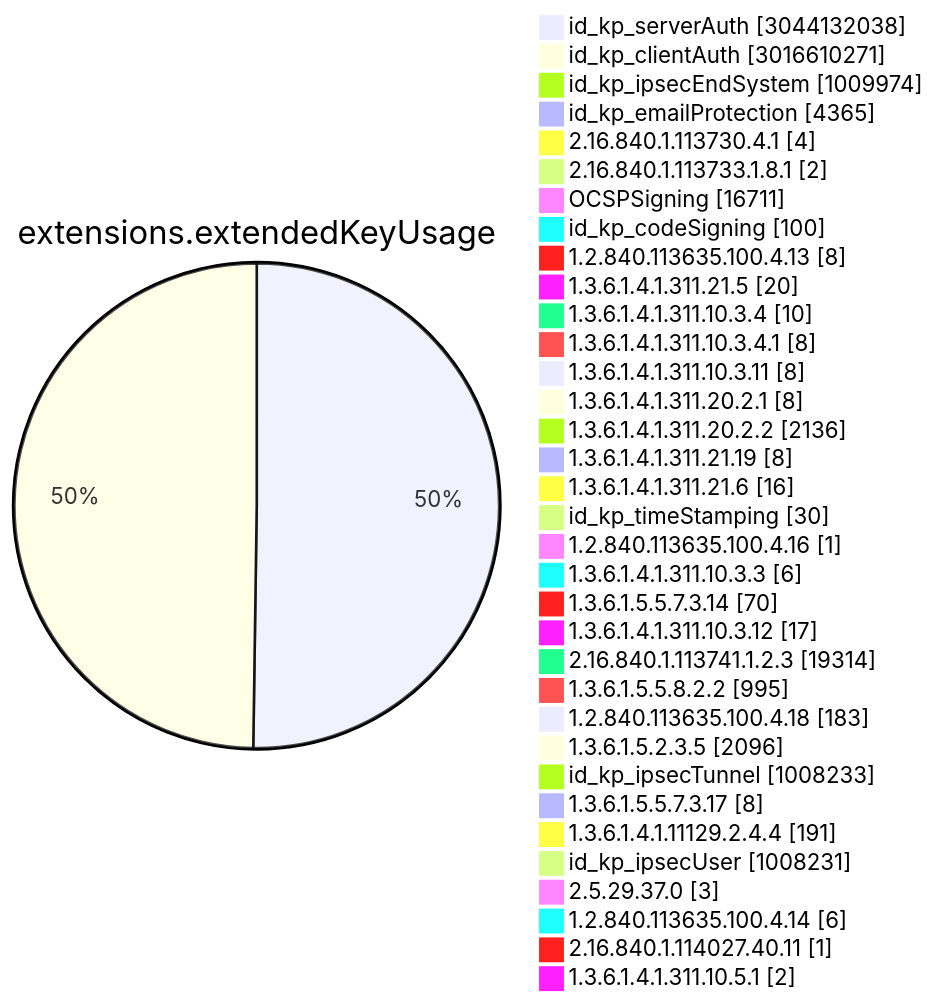
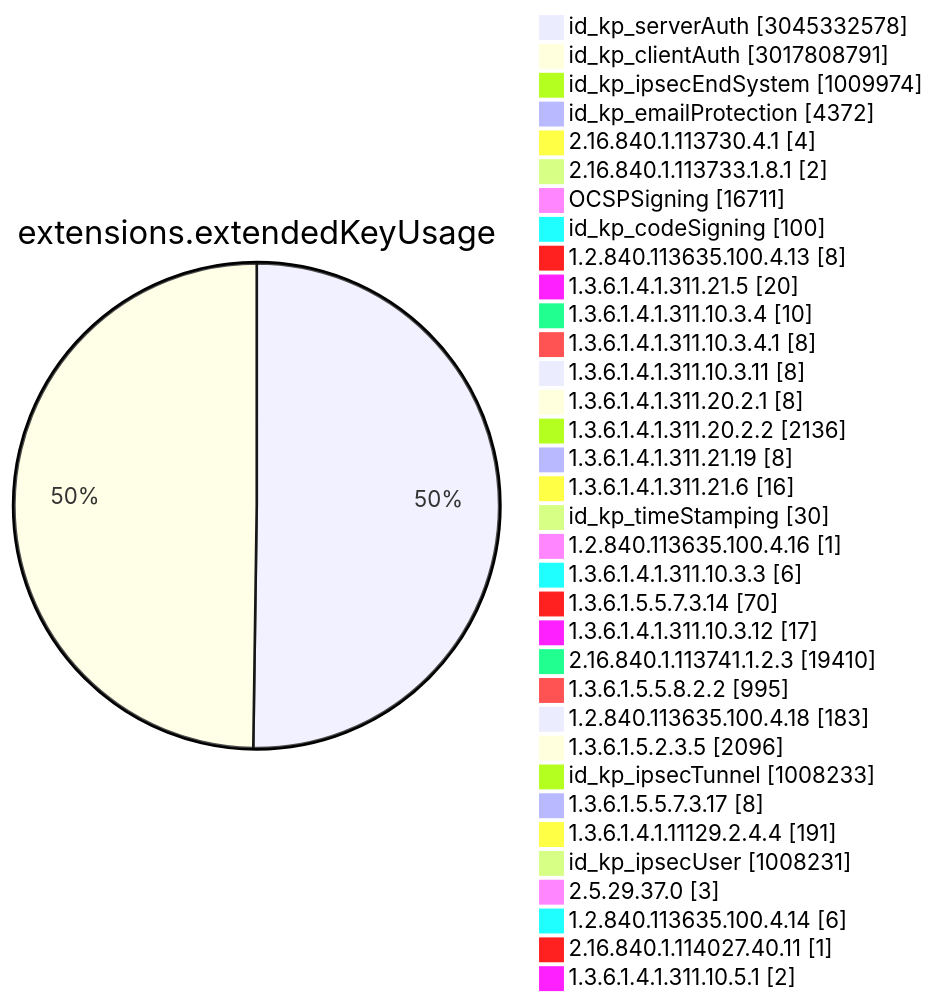
Before and after one commit to christiankrug/ctmonitor_visualization: diagram 11 of 15 in TOTAL/README.md, drawn with Mermaid. The commit also changed other lines of this file, not shown here.

````diff
--- a/TOTAL/README.md
+++ b/TOTAL/README.md
@@ -4116,38 +4117,38 @@
 ```mermaid
 pie showData
 title extensions.extendedKeyUsage
-"id_kp_serverAuth" :3044132038
-"id_kp_clientAuth" :3016610271
+"id_kp_serverAuth" :3045332578
+"id_kp_clientAuth" :3017808791
 "id_kp_ipsecEndSystem" :1009974
-"id_kp_emailProtection" :4365
+"id_kp_emailProtection" :4372
 "2.16.840.1.113730.4.1" :4
 "2.16.840.1.113733.1.8.1" :2
 "OCSPSigning" :16711
 "id_kp_codeSigning" :100
 "1.2.840.113635.100.4.13" :8
 "1.3.6.1.4.1.311.21.5" :20
 "1.3.6.1.4.1.311.10.3.4" :10
 "1.3.6.1.4.1.311.10.3.4.1" :8
 "1.3.6.1.4.1.311.10.3.11" :8
 "1.3.6.1.4.1.311.20.2.1" :8
 "1.3.6.1.4.1.311.20.2.2" :2136
 "1.3.6.1.4.1.311.21.19" :8
 "1.3.6.1.4.1.311.21.6" :16
 "id_kp_timeStamping" :30
 "1.2.840.113635.100.4.16" :1
 "1.3.6.1.4.1.311.10.3.3" :6
 "1.3.6.1.5.5.7.3.14" :70
 "1.3.6.1.4.1.311.10.3.12" :17
-"2.16.840.1.113741.1.2.3" :19314
+"2.16.840.1.113741.1.2.3" :19410
 "1.3.6.1.5.5.8.2.2" :995
 "1.2.840.113635.100.4.18" :183
 "1.3.6.1.5.2.3.5" :2096
 "id_kp_ipsecTunnel" :1008233
 "1.3.6.1.5.5.7.3.17" :8
 "1.3.6.1.4.1.11129.2.4.4" :191
 "id_kp_ipsecUser" :1008231
 "2.5.29.37.0" :3
 "1.2.840.113635.100.4.14" :6
 "2.16.840.1.114027.40.11" :1
 "1.3.6.1.4.1.311.10.5.1" :2
 ```
````
